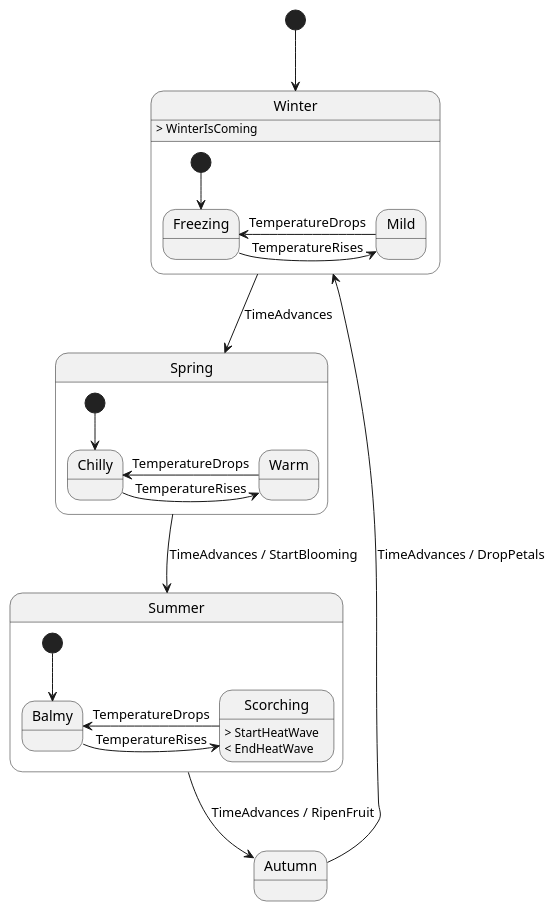
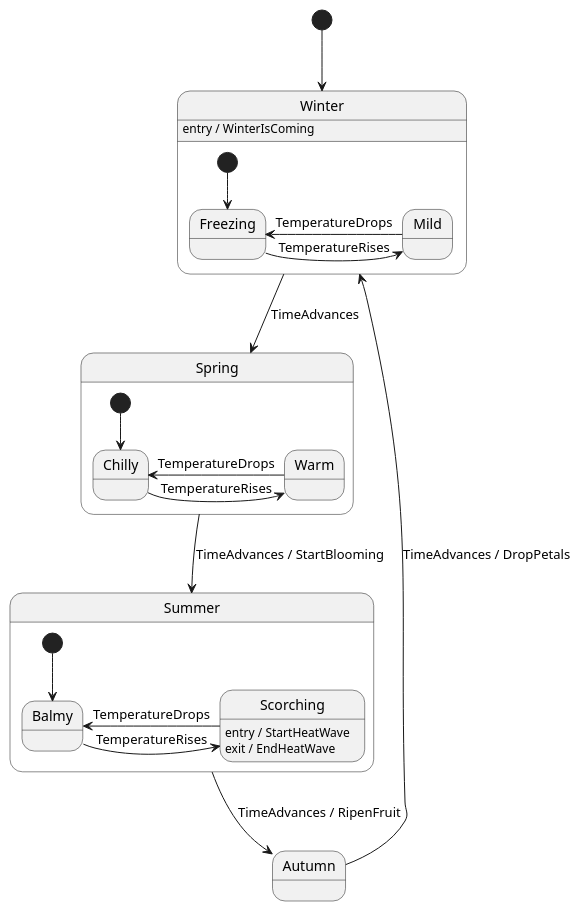
One commit to TobTheRock/phytofsm changed the fourth of 4 diagrams in README.md. Above: the diagram before and after it, drawn with PlantUML. The commit also changed other lines of this file and 5 other files, not shown here.

First line of the commit message:
refactor: use UML syntax for enter/exit

````diff
--- a/README.md
+++ b/README.md
@@ -140,40 +141,40 @@
 ```puml
 @startuml PlantFsm
 
 state Winter {
-  Winter: > WinterIsComing
+  Winter: entry / WinterIsComing
 
   state Freezing
   state Mild
 
   [*] --> Freezing
   Freezing -> Mild: TemperatureRises
   Mild -> Freezing: TemperatureDrops
 }
 
 state Spring {
   state Chilly
   state Warm
   [*] --> Chilly
   Chilly -> Warm: TemperatureRises
   Warm -> Chilly: TemperatureDrops
 }
 
 state Summer {
   state Balmy
-  state Scorching: > StartHeatWave
-  state Scorching: < EndHeatWave
+  state Scorching: entry / StartHeatWave
+  state Scorching: exit / EndHeatWave
 
   [*] --> Balmy
   Balmy -> Scorching: TemperatureRises
   Scorching -> Balmy: TemperatureDrops
 }
 
 [*] --> Winter
 Winter --> Spring : TimeAdvances
 Spring --> Summer : TimeAdvances / StartBlooming
 Summer --> Autumn : TimeAdvances / RipenFruit
 Autumn --> Winter : TimeAdvances / DropPetals
 
 @enduml
 ```
````
